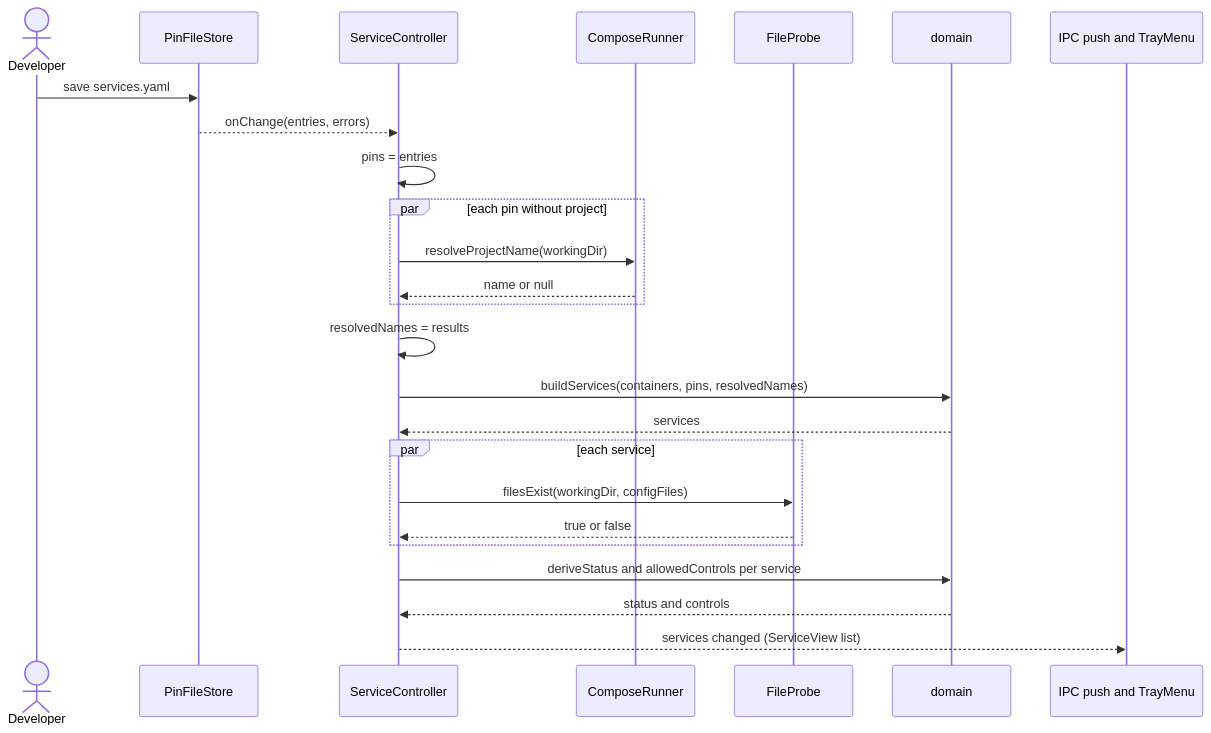
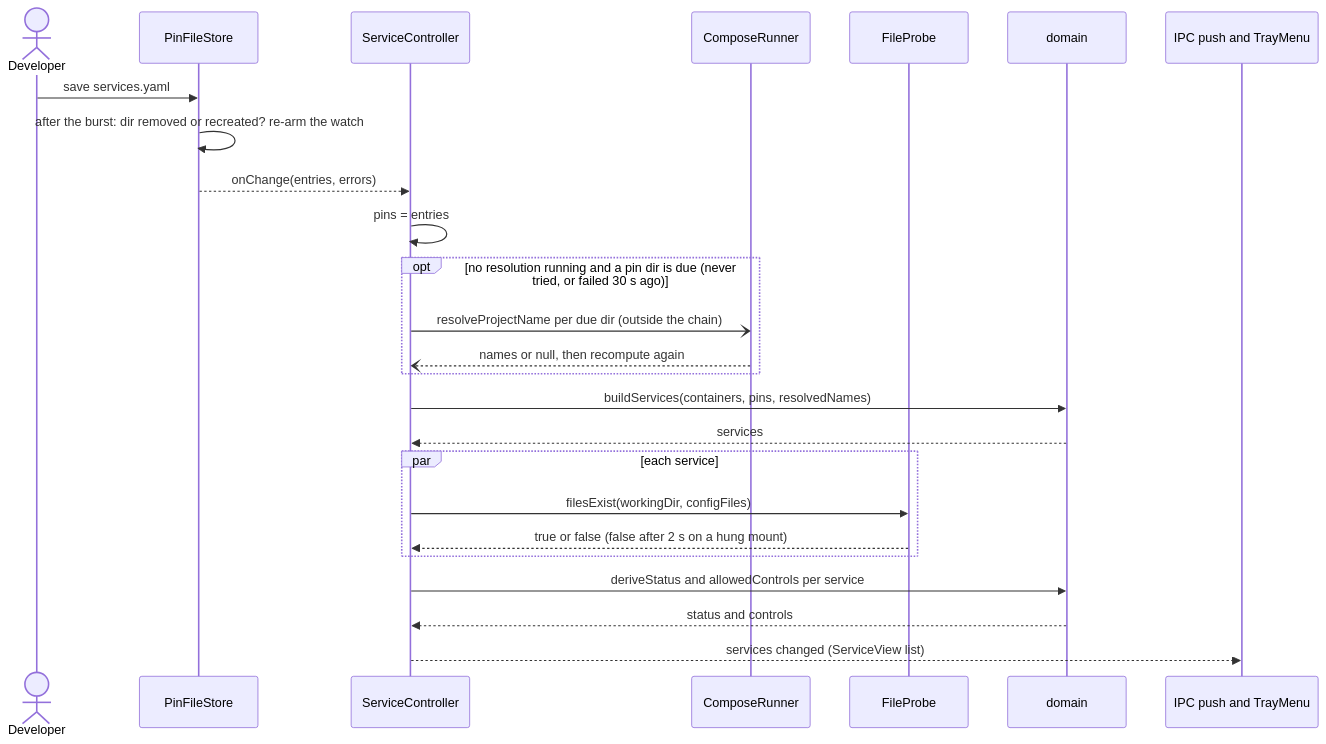
The diagram in docs/architecture/diagrams/launcher/08-sequence-pin-file-change.md (benoit-bremaud/dock-n-roll), drawn with Mermaid before and after one commit. The commit also changed other lines of this file and 2 other files, not shown here.

Commit message:
docs(uml): name resolution off the chain, pin watch re-arm, single shutdown

````diff
--- a/docs/architecture/diagrams/launcher/08-sequence-pin-file-change.md
+++ b/docs/architecture/diagrams/launcher/08-sequence-pin-file-change.md
@@ -14,28 +14,28 @@
 ```mermaid
 sequenceDiagram
   actor Dev as Developer
   participant PF as PinFileStore
   participant SC as ServiceController
   participant CR as ComposeRunner
   participant FP as FileProbe
   participant D as domain
   participant Out as IPC push and TrayMenu
 
   Dev->>PF: save services.yaml
+  PF->>PF: after the burst: dir removed or recreated? re-arm the watch
   PF-->>SC: onChange(entries, errors)
   SC->>SC: pins = entries
-  par each pin without project
-    SC->>CR: resolveProjectName(workingDir)
-    CR-->>SC: name or null
+  opt no resolution running and a pin dir is due (never tried, or failed 30 s ago)
+    SC-)CR: resolveProjectName per due dir (outside the chain)
+    CR--)SC: names or null, then recompute again
   end
-  SC->>SC: resolvedNames = results
   SC->>D: buildServices(containers, pins, resolvedNames)
   D-->>SC: services
   par each service
     SC->>FP: filesExist(workingDir, configFiles)
-    FP-->>SC: true or false
+    FP-->>SC: true or false (false after 2 s on a hung mount)
   end
   SC->>D: deriveStatus and allowedControls per service
   D-->>SC: status and controls
   SC-->>Out: services changed (ServiceView list)
 ```
````
